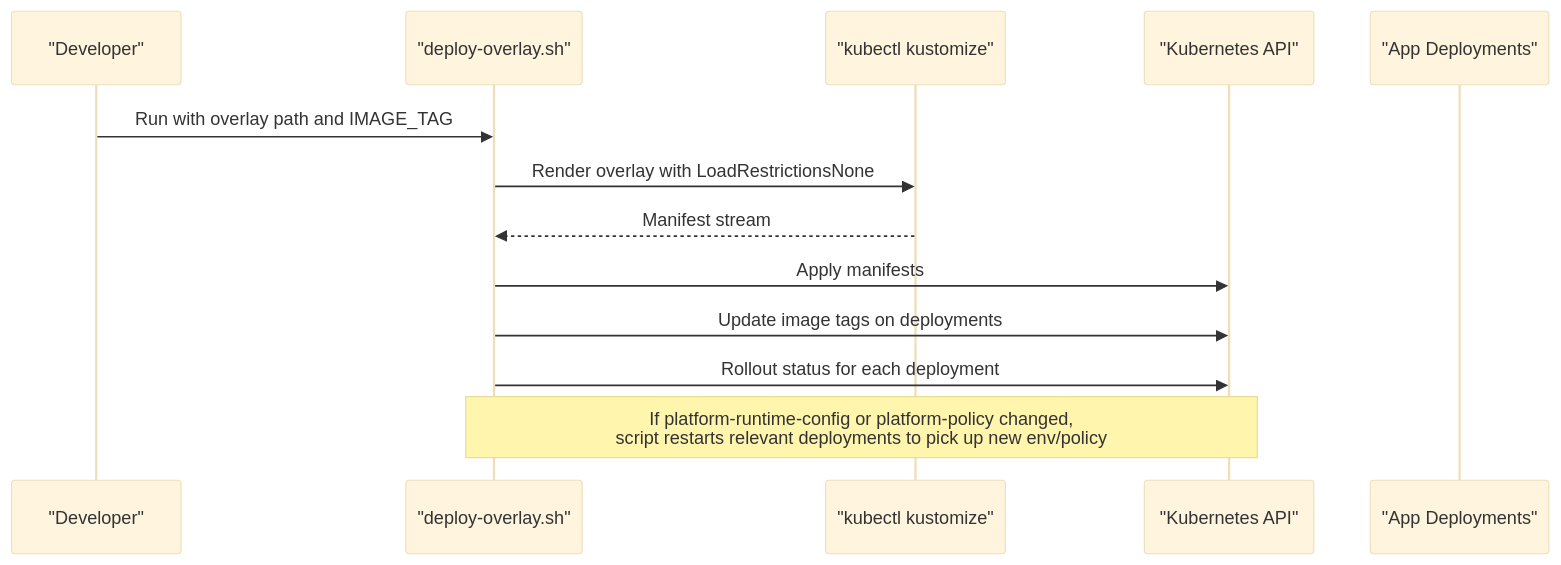
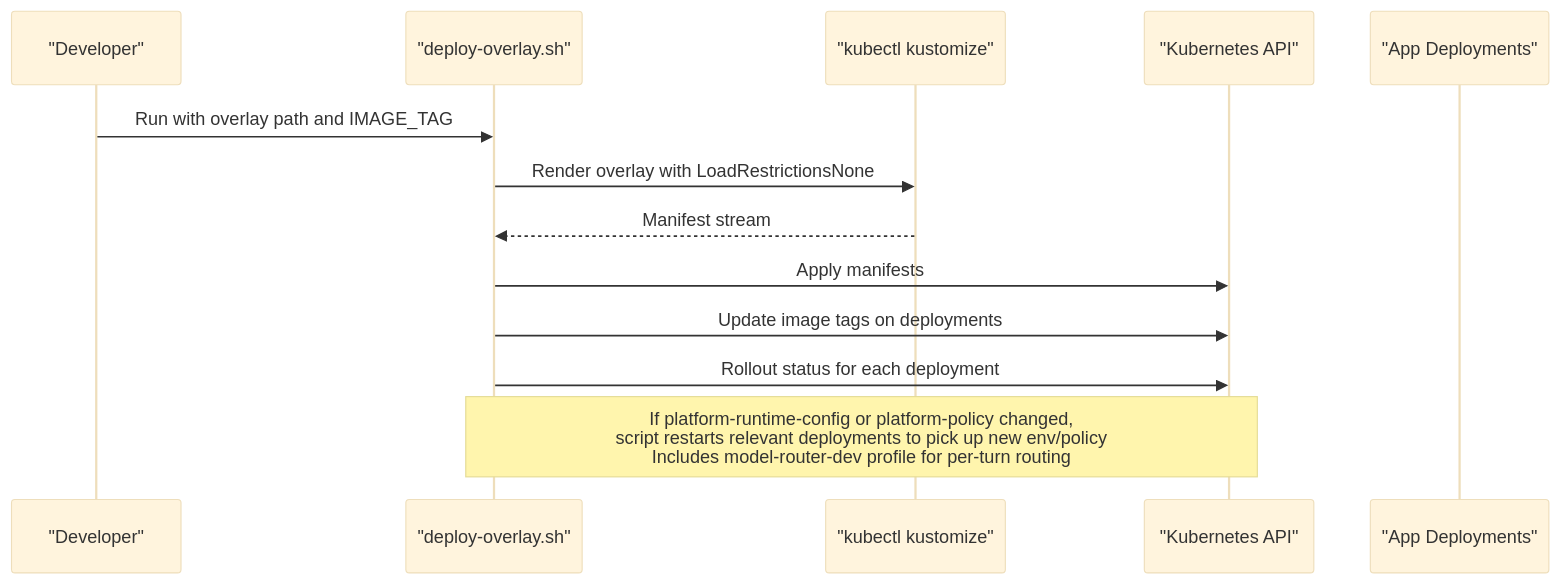
One commit to metasync/luban-aiops changed the second of 5 diagrams in .qoder/repowiki/en/content/Development Guide/Build System and Deployment Automation/GitOps Deployment with Kustomize/GitOps Deployment with Kustomize.md. Above: the diagram before and after it, drawn with Mermaid (base theme). The commit also changed other lines of this file and 23 other files, not shown here.

````diff
--- a/.qoder/repowiki/en/content/Development Guide/Build System and Deployment Automation/GitOps Deployment with Kustomize/GitOps Deployment with Kustomize.md
+++ b/.qoder/repowiki/en/content/Development Guide/Build System and Deployment Automation/GitOps Deployment with Kustomize/GitOps Deployment with Kustomize.md
@@ -101,15 +108,15 @@
 ```mermaid
 sequenceDiagram
 participant Dev as "Developer"
 participant Script as "deploy-overlay.sh"
 participant Kust as "kubectl kustomize"
 participant K8s as "Kubernetes API"
 participant Pods as "App Deployments"
 Dev->>Script : Run with overlay path and IMAGE_TAG
 Script->>Kust : Render overlay with LoadRestrictionsNone
 Kust-->>Script : Manifest stream
 Script->>K8s : Apply manifests
 Script->>K8s : Update image tags on deployments
 Script->>K8s : Rollout status for each deployment
-Note over Script,K8s : If platform-runtime-config or platform-policy changed,<br/>script restarts relevant deployments to pick up new env/policy
+Note over Script,K8s : If platform-runtime-config or platform-policy changed,<br/>script restarts relevant deployments to pick up new env/policy<br/>Includes model-router-dev profile for per-turn routing
 ```
````
